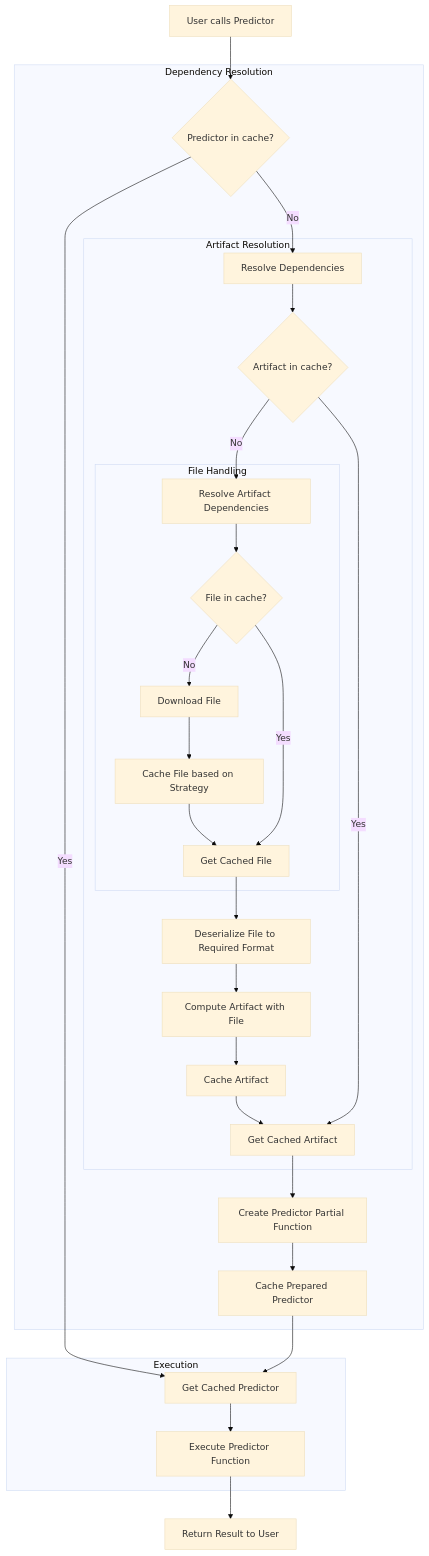
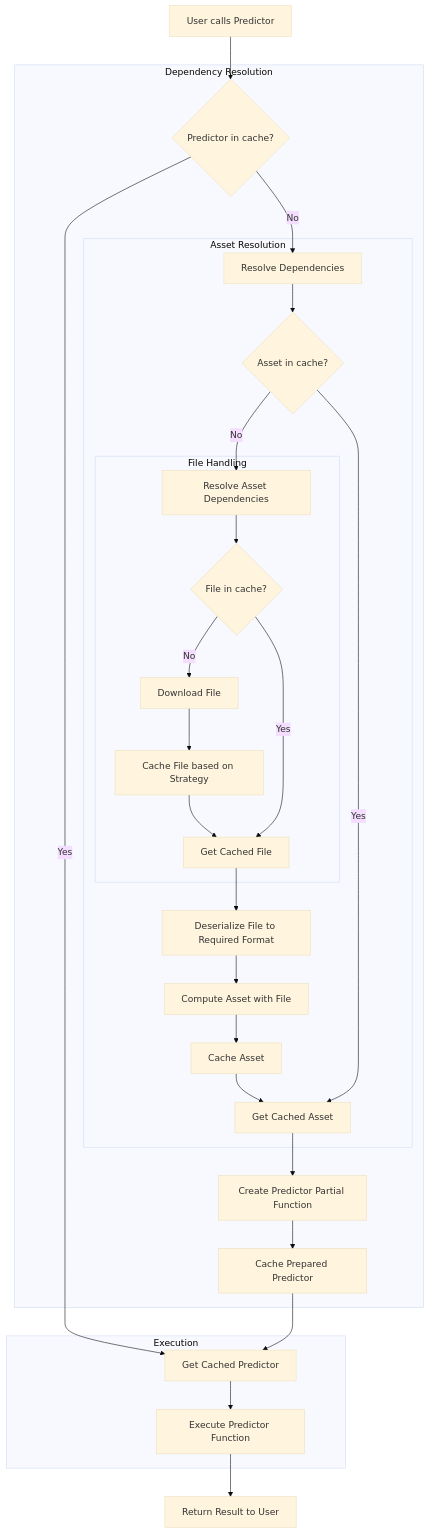
The diagram in README.md (antoinejeannot/daidai), drawn with Mermaid (base theme) before and after one commit. The commit also changed other lines of this file and 6 other files, not shown here.

Commit message:
rename artifact to asset

````diff
--- a/README.md
+++ b/README.md
@@ -239,40 +239,40 @@
 ```mermaid
 flowchart TD
     A[User calls Predictor] --> B{Predictor in cache?}
 
     subgraph "Dependency Resolution"
         B -->|No| D[Resolve Dependencies]
 
-        subgraph "Artifact Resolution"
-            D --> E{Artifact in cache?}
-            E -->|No| G[Resolve Artifact Dependencies]
+        subgraph "Asset Resolution"
+            D --> E{Asset in cache?}
+            E -->|No| G[Resolve Asset Dependencies]
 
             subgraph "File Handling"
                 G --> H{File in cache?}
                 H -->|No| J[Download File]
                 J --> K[Cache File based on Strategy]
                 K --> I[Get Cached File]
                 H -->|Yes| I
             end
 
             I --> L[Deserialize File to Required Format]
-            L --> M[Compute Artifact with File]
-            M --> N[Cache Artifact]
-            N --> F[Get Cached Artifact]
+            L --> M[Compute Asset with File]
+            M --> N[Cache Asset]
+            N --> F[Get Cached Asset]
             E -->|Yes| F
         end
 
         F --> O[Create Predictor Partial Function]
         O --> P[Cache Prepared Predictor]
     end
 
     B -->|Yes| C[Get Cached Predictor]
     P --> C
 
     subgraph "Execution"
         C --> Q[Execute Predictor Function]
     end
 
     Q --> R[Return Result to User]
 
 ```
````
